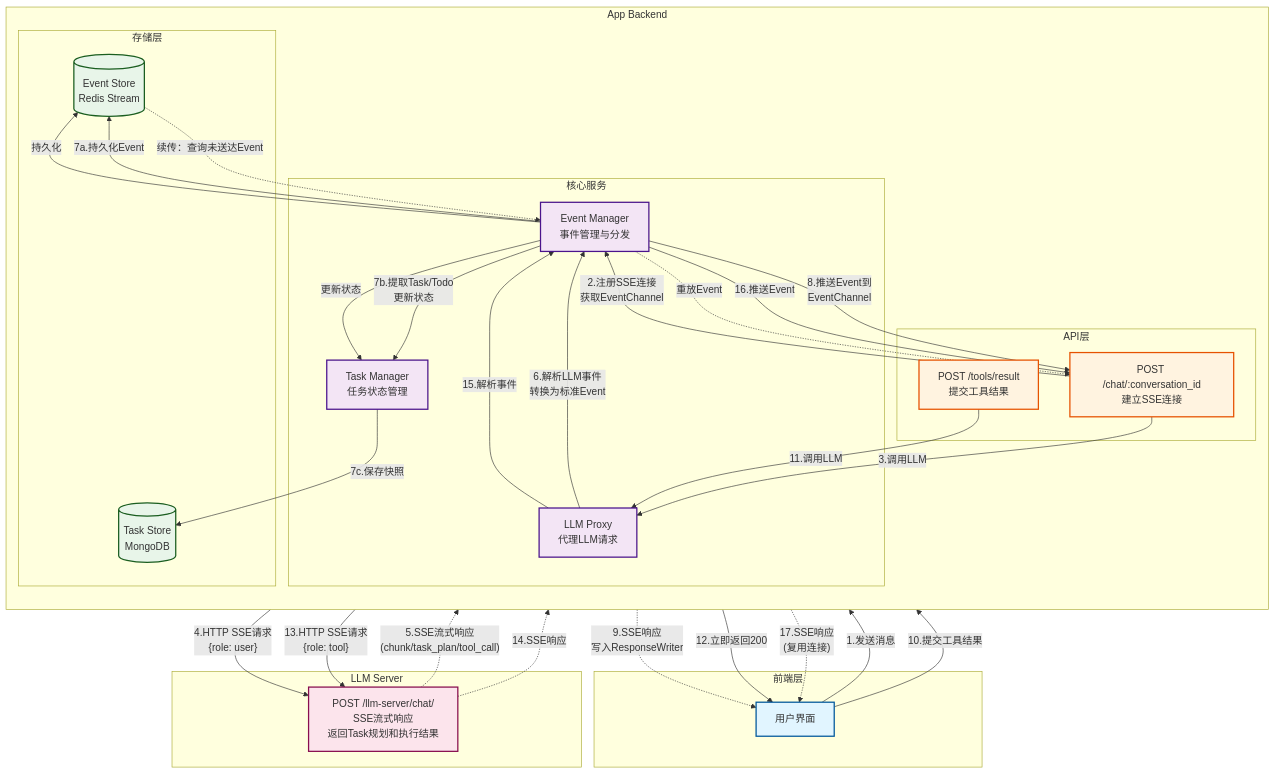
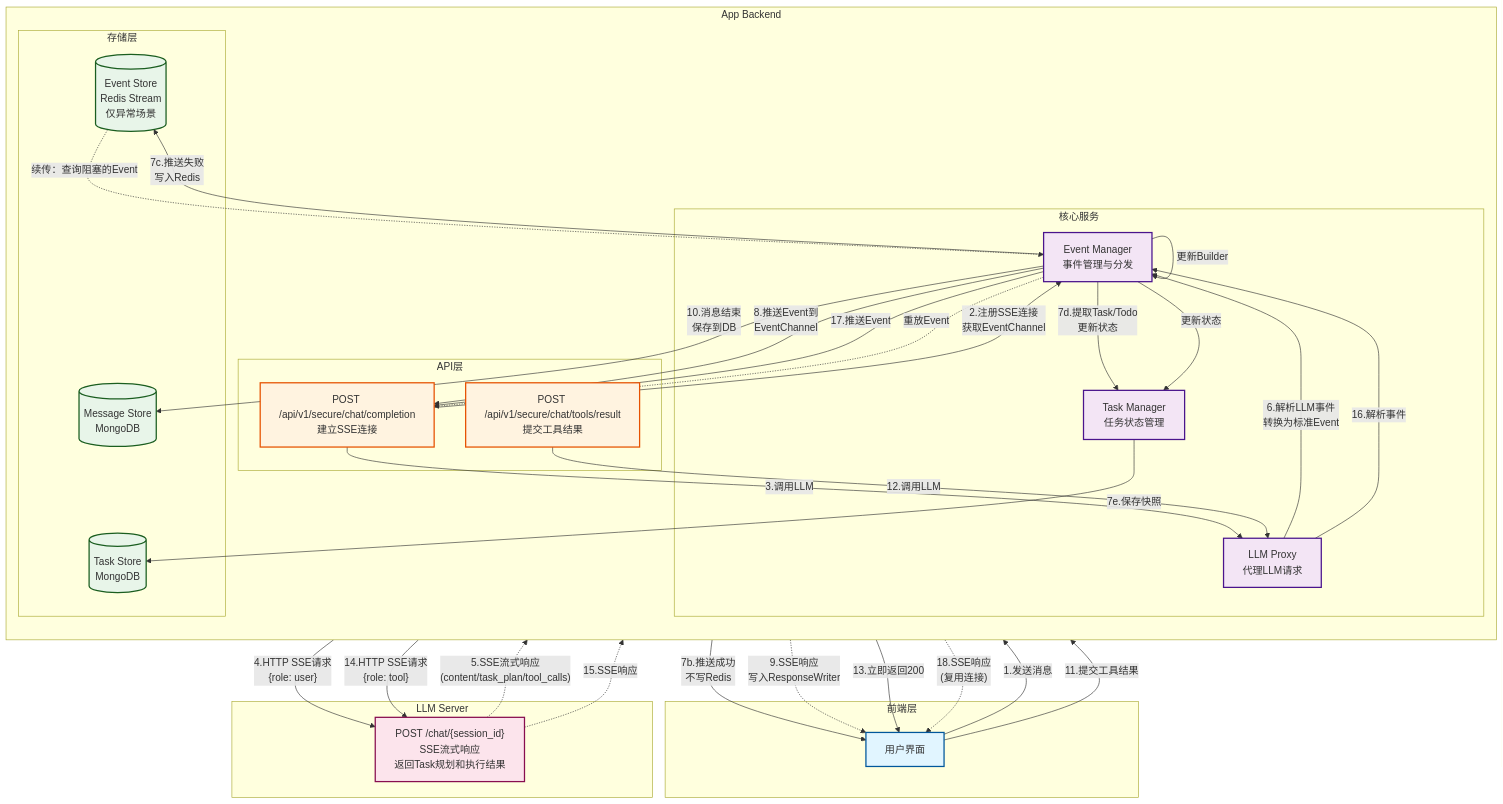
One commit to yingjianzh/iodraw-files changed the diagram in all/AI-Agent-app-backend-架构设计.md. Above: the diagram before and after it, drawn with Mermaid.

Commit message:
2025-12-25 14:08:51 update

````diff
--- a/all/AI-Agent-app-backend-架构设计.md
+++ b/all/AI-Agent-app-backend-架构设计.md
@@ -1,76 +1,81 @@
 ```mermaid
 graph TB
-    subgraph "前端层"
-        UI[用户界面]
+  subgraph "前端层"
+    UI[用户界面]
+  end
+
+  subgraph "App Backend"
+    direction TB
+
+    subgraph "API层"
+      ChatAPI["POST /api/v1/secure/chat/completion<br/>建立SSE连接"]
+      ToolAPI["POST /api/v1/secure/chat/tools/result<br/>提交工具结果"]
     end
 
-    subgraph "App Backend"
-        direction TB
-
-        subgraph "API层"
-            ChatAPI["POST /chat/:conversation_id<br/>建立SSE连接"]
-            ToolAPI["POST /tools/result<br/>提交工具结果"]
-        end
-
-        subgraph "核心服务"
-            EventMgr["Event Manager<br/>事件管理与分发"]
-            TaskMgr["Task Manager<br/>任务状态管理"]
-            LLMProxy["LLM Proxy<br/>代理LLM请求"]
-        end
-
-        subgraph "存储层"
-            EventStore[("Event Store<br/>Redis Stream")]
-            TaskStore[("Task Store<br/>MongoDB")]
-        end
+    subgraph "核心服务"
+      EventMgr["Event Manager<br/>事件管理与分发"]
+      TaskMgr["Task Manager<br/>任务状态管理"]
+      LLMProxy["LLM Proxy<br/>代理LLM请求"]
     end
 
-    subgraph "LLM Server"
-        LLMAPI["POST /llm-server/chat/<br/>SSE流式响应<br/>返回Task规划和执行结果"]
+    subgraph "存储层"
+      EventStore[("Event Store<br/>Redis Stream<br/>仅异常场景")]
+      TaskStore[("Task Store<br/>MongoDB")]
+      MessageStore[("Message Store<br/>MongoDB")]
     end
+  end
+
+  subgraph "LLM Server"
+    LLMAPI["POST /chat/{session_id}<br/>SSE流式响应<br/>返回Task规划和执行结果"]
+  end
 
 %% ===== 用户发送消息流程 =====
-    UI -->|"1.发送消息"| ChatAPI
-    ChatAPI -->|"2.注册SSE连接<br/>获取EventChannel"| EventMgr
-    ChatAPI -->|"3.调用LLM"| LLMProxy
+  UI -->|"1.发送消息"| ChatAPI
+  ChatAPI -->|"2.注册SSE连接<br/>获取EventChannel"| EventMgr
+  ChatAPI -->|"3.调用LLM"| LLMProxy
 
-    LLMProxy -->|"4.HTTP SSE请求<br/>{role: user}"| LLMAPI
-    LLMAPI -.->|"5.SSE流式响应<br/>(chunk/task_plan/tool_call)"| LLMProxy
+  LLMProxy -->|"4.HTTP SSE请求<br/>{role: user}"| LLMAPI
+  LLMAPI -.->|"5.SSE流式响应<br/>(content/task_plan/tool_calls)"| LLMProxy
 
-    LLMProxy -->|"6.解析LLM事件<br/>转换为标准Event"| EventMgr
-    EventMgr -->|"7a.持久化Event"| EventStore
-    EventMgr -->|"7b.提取Task/Todo<br/>更新状态"| TaskMgr
-    TaskMgr -->|"7c.保存快照"| TaskStore
+  LLMProxy -->|"6.解析LLM事件<br/>转换为标准Event"| EventMgr
+  EventMgr -->|"7a.更新MessageBuilder<br/>边推送边合并"| EventMgr
+  EventMgr -->|"7b.推送成功<br/>不写Redis"| UI
+  EventMgr -->|"7c.推送失败<br/>写入Redis"| EventStore
+  EventMgr -->|"7d.提取Task/Todo<br/>更新状态"| TaskMgr
+  TaskMgr -->|"7e.保存快照"| TaskStore
 
-    EventMgr -->|"8.推送Event到<br/>EventChannel"| ChatAPI
-    ChatAPI -.->|"9.SSE响应<br/>写入ResponseWriter"| UI
+  EventMgr -->|"8.推送Event到<br/>EventChannel"| ChatAPI
+  ChatAPI -.->|"9.SSE响应<br/>写入ResponseWriter"| UI
+
+  EventMgr -->|"10.消息结束<br/>保存到DB"| MessageStore
 
 %% ===== 工具调用流程 =====
-    UI -->|"10.提交工具结果"| ToolAPI
+  UI -->|"11.提交工具结果"| ToolAPI
 
-    ToolAPI -->|"11.调用LLM"| LLMProxy
-    ToolAPI -->|"12.立即返回200"| UI
+  ToolAPI -->|"12.调用LLM"| LLMProxy
+  ToolAPI -->|"13.立即返回200"| UI
 
-    LLMProxy -->|"13.HTTP SSE请求<br/>{role: tool}"| LLMAPI
-    LLMAPI -.->|"14.SSE响应"| LLMProxy
-    LLMProxy -->|"15.解析事件"| EventMgr
-    EventMgr -->|"持久化"| EventStore
-    EventMgr -->|"更新状态"| TaskMgr
-    EventMgr -->|"16.推送Event"| ChatAPI
-    ChatAPI -.->|"17.SSE响应<br/>(复用连接)"| UI
+  LLMProxy -->|"14.HTTP SSE请求<br/>{role: tool}"| LLMAPI
+  LLMAPI -.->|"15.SSE响应"| LLMProxy
+  LLMProxy -->|"16.解析事件"| EventMgr
+  EventMgr -->|"更新Builder"| EventMgr
+  EventMgr -->|"更新状态"| TaskMgr
+  EventMgr -->|"17.推送Event"| ChatAPI
+  ChatAPI -.->|"18.SSE响应<br/>(复用连接)"| UI
 
 %% ===== 续传 =====
-    EventStore -.->|"续传：查询未送达Event"| EventMgr
-    EventMgr -.->|"重放Event"| ChatAPI
+  EventStore -.->|"续传：查询阻塞的Event"| EventMgr
+  EventMgr -.->|"重放Event"| ChatAPI
 
-    classDef frontend fill:#e1f5ff,stroke:#01579b,stroke-width:2px
-    classDef api fill:#fff3e0,stroke:#e65100,stroke-width:2px
-    classDef service fill:#f3e5f5,stroke:#4a148c,stroke-width:2px
-    classDef storage fill:#e8f5e9,stroke:#1b5e20,stroke-width:2px
-    classDef llm fill:#fce4ec,stroke:#880e4f,stroke-width:2px
+  classDef frontend fill:#e1f5ff,stroke:#01579b,stroke-width:2px
+  classDef api fill:#fff3e0,stroke:#e65100,stroke-width:2px
+  classDef service fill:#f3e5f5,stroke:#4a148c,stroke-width:2px
+  classDef storage fill:#e8f5e9,stroke:#1b5e20,stroke-width:2px
+  classDef llm fill:#fce4ec,stroke:#880e4f,stroke-width:2px
 
-    class UI frontend
-    class ChatAPI,ToolAPI api
-    class EventMgr,TaskMgr,LLMProxy service
-    class EventStore,TaskStore storage
-    class LLMAPI llm
+  class UI frontend
+  class ChatAPI,ToolAPI api
+  class EventMgr,TaskMgr,LLMProxy service
+  class EventStore,TaskStore,MessageStore storage
+  class LLMAPI llm
 ```
````
